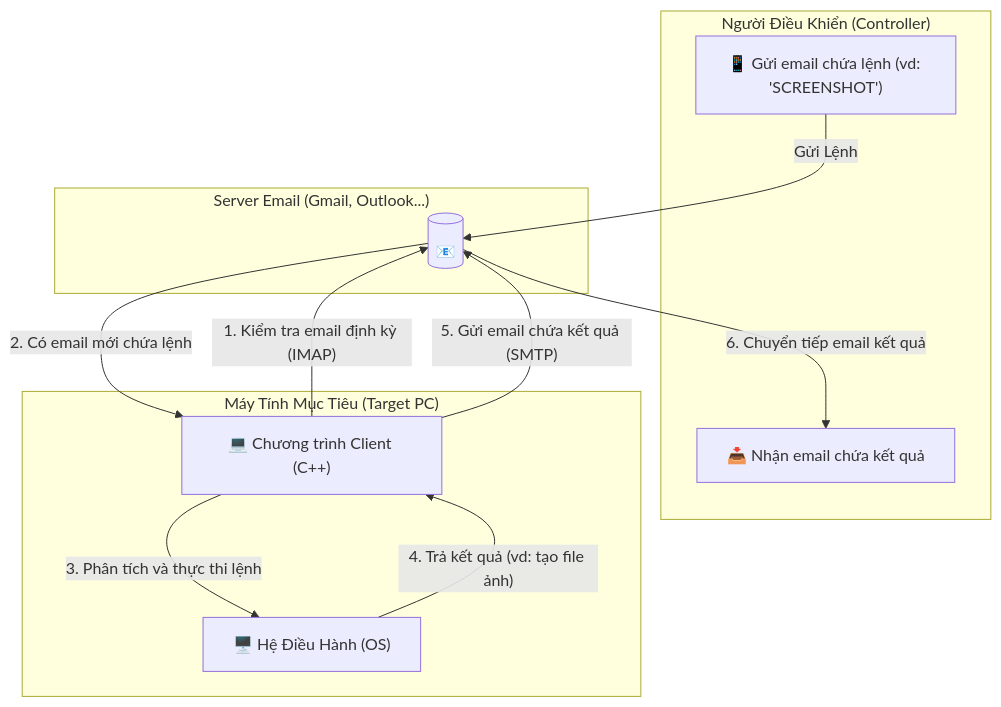
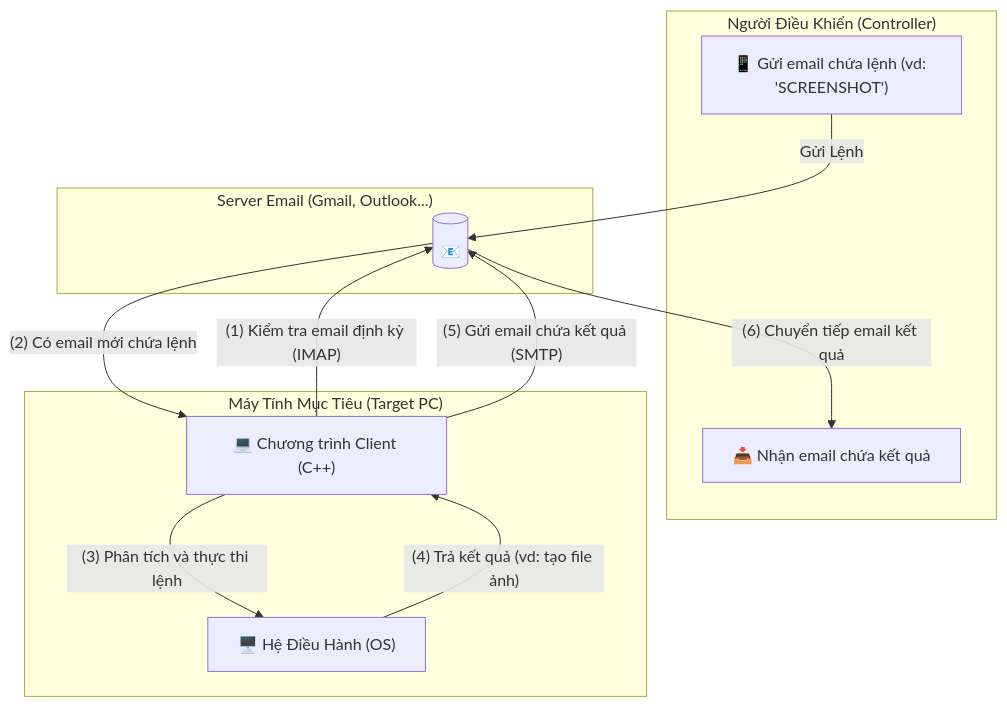
The diagram in README.md (trungkienjjj/Remote-PC-Control), drawn with Mermaid before and after one commit.

````diff
--- a/README.md
+++ b/README.md
@@ -19,24 +19,24 @@
 ```mermaid
 graph TD;
     subgraph "Người Điều Khiển (Controller)";
         A["📱 Gửi email chứa lệnh (vd: 'SCREENSHOT')"];
         I["📥 Nhận email chứa kết quả"];
     end
 
     subgraph "Server Email (Gmail, Outlook...)";
         B[("📧")];
     end
 
     subgraph "Máy Tính Mục Tiêu (Target PC)";
         C["💻 Chương trình Client (C++)"];
         D["🖥️ Hệ Điều Hành (OS)"];
     end
 
-    A -- Gửi Lệnh --> B;
-    C -- "1. Kiểm tra email định kỳ (IMAP)" --> B;
-    B -- "2. Có email mới chứa lệnh" --> C;
-    C -- "3. Phân tích và thực thi lệnh" --> D;
-    D -- "4. Trả kết quả (vd: tạo file ảnh)" --> C;
-    C -- "5. Gửi email chứa kết quả (SMTP)" --> B;
-    B -- "6. Chuyển tiếp email kết quả" --> I;
+    A -- "Gửi Lệnh" --> B;
+    C -- "(1) Kiểm tra email định kỳ (IMAP)" --> B;
+    B -- "(2) Có email mới chứa lệnh" --> C;
+    C -- "(3) Phân tích và thực thi lệnh" --> D;
+    D -- "(4) Trả kết quả (vd: tạo file ảnh)" --> C;
+    C -- "(5) Gửi email chứa kết quả (SMTP)" --> B;
+    B -- "(6) Chuyển tiếp email kết quả" --> I;
 ```
````
